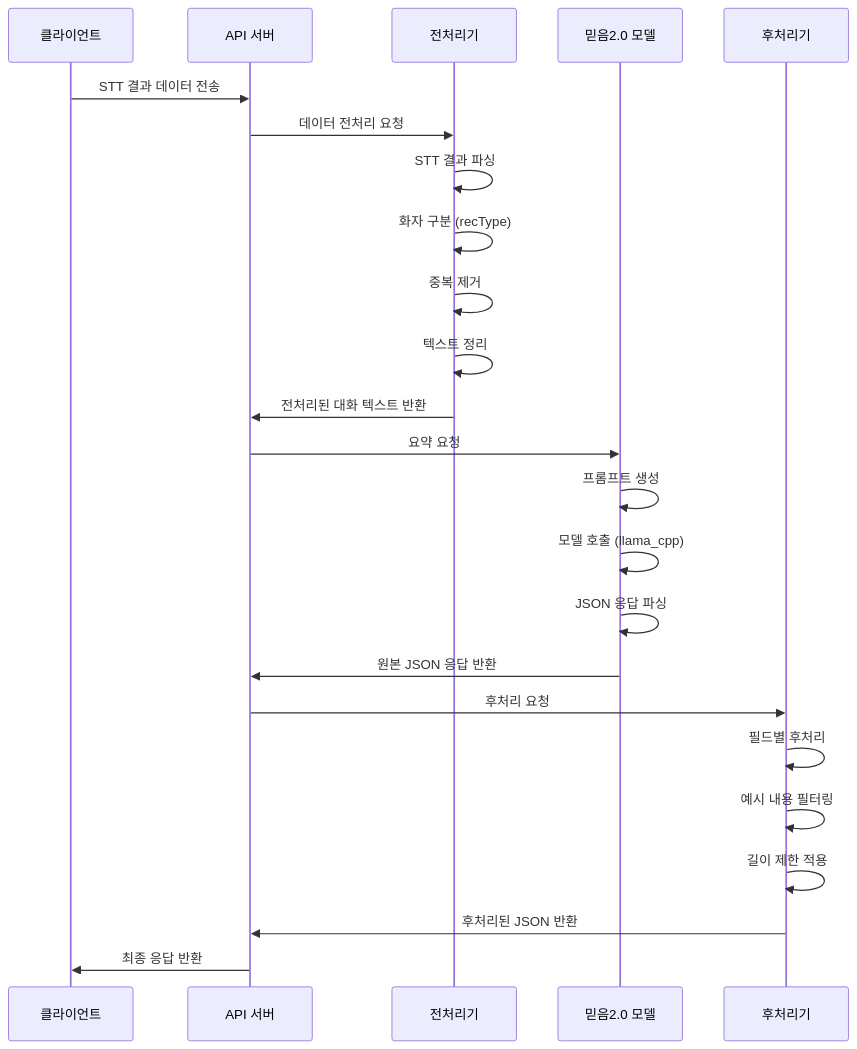
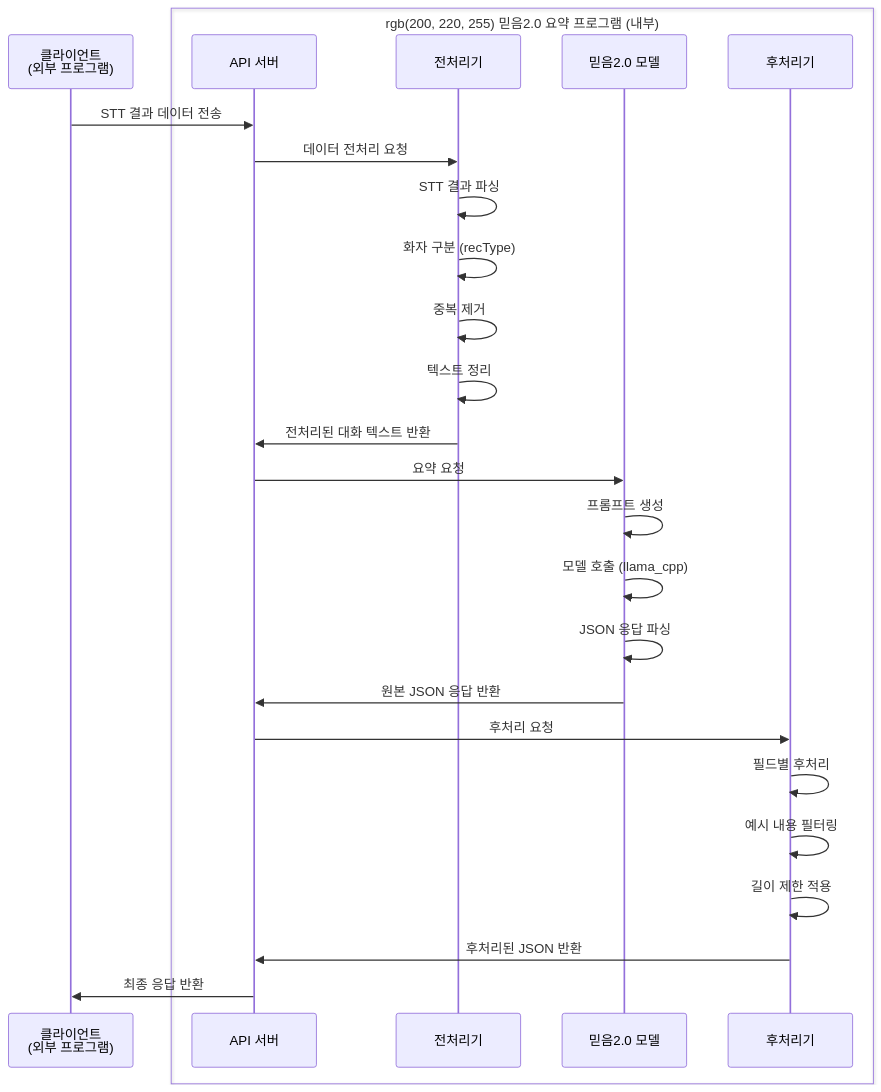
Before and after one commit to hak023/gemma-summarizer-poc: the third of 4 diagrams in workflow_diagram.md, drawn with Mermaid. The commit also changed 2 other files, not shown here.

Commit message:
모든 다이어그램에 외부/내부 프로그램 구분 적용 및 rgba->rgb 변경
- sequence_diagram.md: rgba를 rgb로 변경 (GitHub 호환성)
- workflow_diagram.md: 데이터 흐름 시퀀스 다이어그램에 외부/내부 구분 적용
- class_diagram.md: 데이터 흐름 클래스 다이어그램에 스테레오타입으로 외부/내부 구분
- 모든 다이어그램에서 클라이언트(외부)와 내부 컴포넌트들을 명확히 구분 표시
- 시스템 구성 요소 구분 설명 섹션 추가

````diff
--- a/workflow_diagram.md
+++ b/workflow_diagram.md
@@ -79,31 +79,34 @@
 ```mermaid
 sequenceDiagram
-    participant Client as 클라이언트
-    participant API as API 서버
-    participant Preprocessor as 전처리기
-    participant Gemma as 믿음2.0 모델
-    participant Postprocessor as 후처리기
+    participant Client as 클라이언트<br/>(외부 프로그램)
+    
+    box rgb(200, 220, 255) 믿음2.0 요약 프로그램 (내부)
+        participant API as API 서버
+        participant Preprocessor as 전처리기
+        participant Gemma as 믿음2.0 모델
+        participant Postprocessor as 후처리기
+    end
     
     Client->>API: STT 결과 데이터 전송
     API->>Preprocessor: 데이터 전처리 요청
     
     Preprocessor->>Preprocessor: STT 결과 파싱
     Preprocessor->>Preprocessor: 화자 구분 (recType)
     Preprocessor->>Preprocessor: 중복 제거
     Preprocessor->>Preprocessor: 텍스트 정리
     Preprocessor->>API: 전처리된 대화 텍스트 반환
     
     API->>Gemma: 요약 요청
     Gemma->>Gemma: 프롬프트 생성
     Gemma->>Gemma: 모델 호출 (llama_cpp)
     Gemma->>Gemma: JSON 응답 파싱
     Gemma->>API: 원본 JSON 응답 반환
     
     API->>Postprocessor: 후처리 요청
     Postprocessor->>Postprocessor: 필드별 후처리
     Postprocessor->>Postprocessor: 예시 내용 필터링
     Postprocessor->>Postprocessor: 길이 제한 적용
     Postprocessor->>API: 후처리된 JSON 반환
     
     API->>Client: 최종 응답 반환
 ```
````
